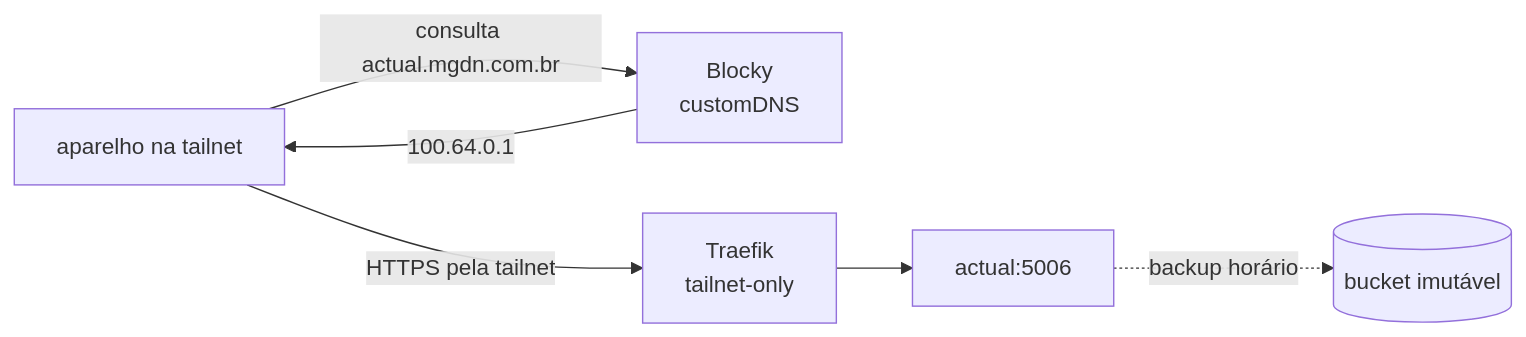
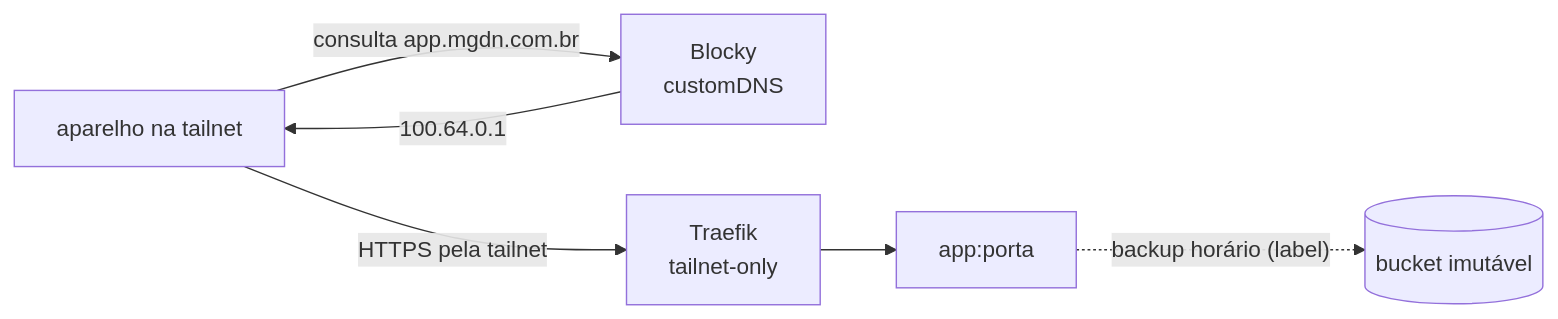
Before and after one commit to MarcosDaNight/mgdn-platform: the diagram in docs/adicionar-app.md, drawn with Mermaid. The commit also changed other lines of this file and 13 other files, not shown here.

````diff
--- a/docs/adicionar-app.md
+++ b/docs/adicionar-app.md
@@ -10,8 +10,8 @@
 ```mermaid
 flowchart LR
-  dev["aparelho na tailnet"] -- "consulta actual.mgdn.com.br" --> blocky["Blocky<br/>customDNS"]
+  dev["aparelho na tailnet"] -- "consulta app.mgdn.com.br" --> blocky["Blocky<br/>customDNS"]
   blocky -- "100.64.0.1" --> dev
   dev -- "HTTPS pela tailnet" --> traefik["Traefik<br/>tailnet-only"]
-  traefik --> app["actual:5006"]
-  app -. "backup horário" .-> bkp[("bucket imutável")]
+  traefik --> app["app:porta"]
+  app -. "backup horário (label)" .-> bkp[("bucket imutável")]
 ```
````
